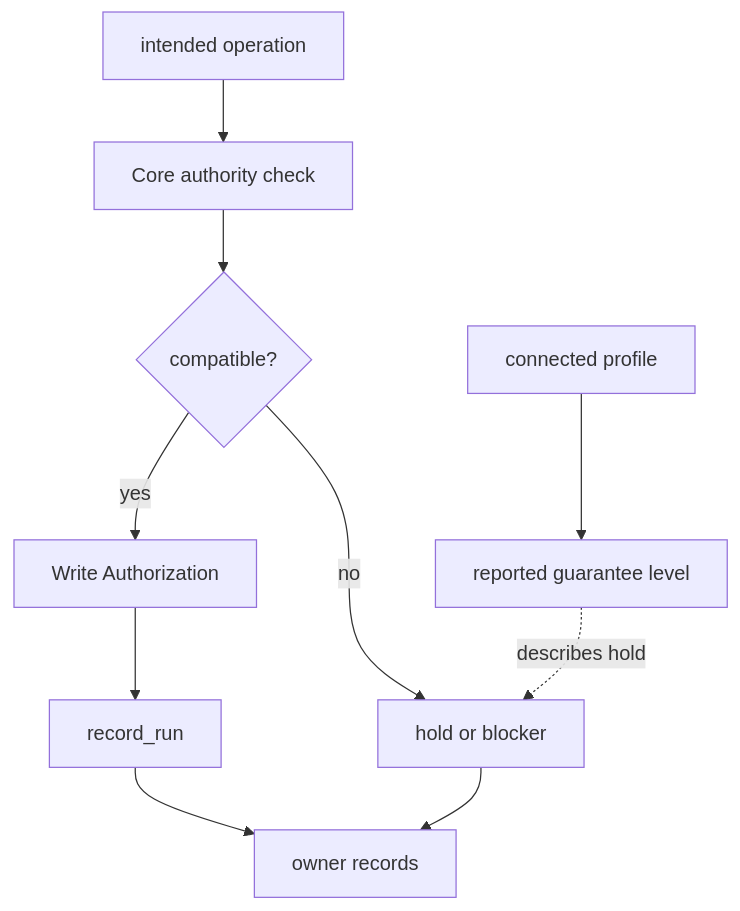
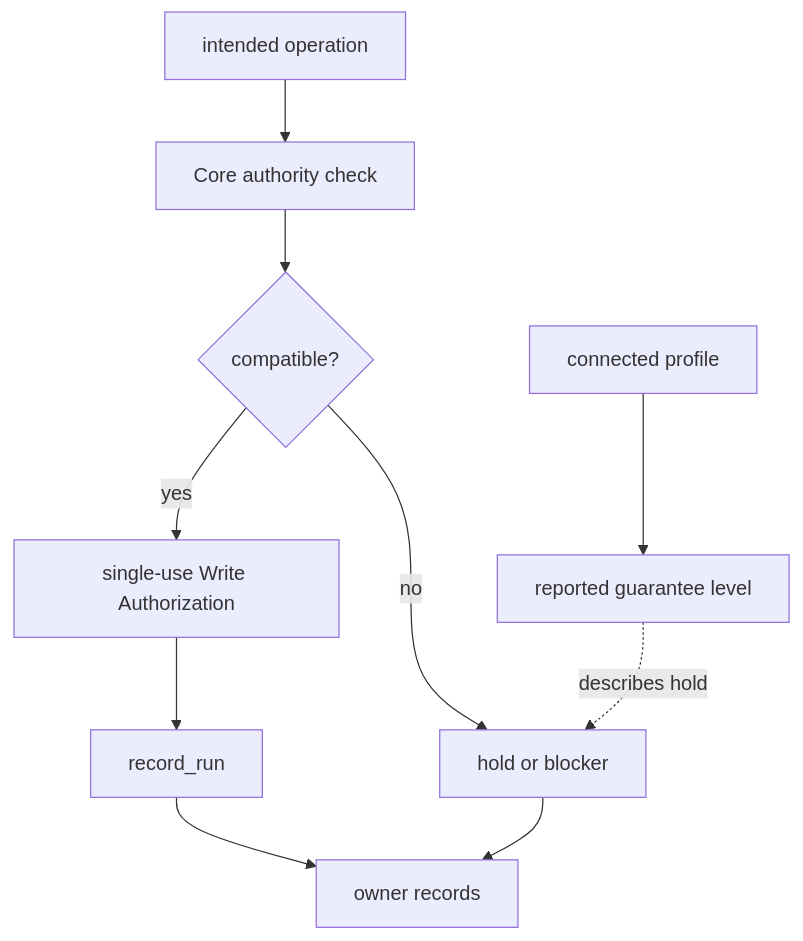
Before and after one commit to minjungw00/Harness_Project: the second of 2 diagrams in docs/en/reference/runtime-architecture.md, drawn with Mermaid. The commit also changed other lines of this file and 15 other files, not shown here.

````diff
--- a/docs/en/reference/runtime-architecture.md
+++ b/docs/en/reference/runtime-architecture.md
@@ -321,12 +321,12 @@
 ```mermaid
 flowchart TB
   Operation["intended operation"] --> Core["Core authority check"]
   Profile["connected profile"] --> Level["reported guarantee level"]
   Core --> Decision{"compatible?"}
-  Decision -->|yes| Authorization["Write Authorization"]
+  Decision -->|yes| Authorization["single-use Write Authorization"]
   Authorization --> Run["record_run"]
   Run --> Records["owner records"]
   Decision -->|no| Blocker["hold or blocker"]
   Level -. describes hold .-> Blocker
   Blocker --> Records
 ```
````
